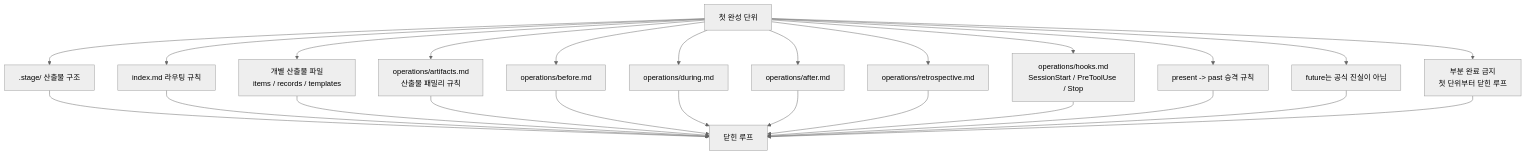
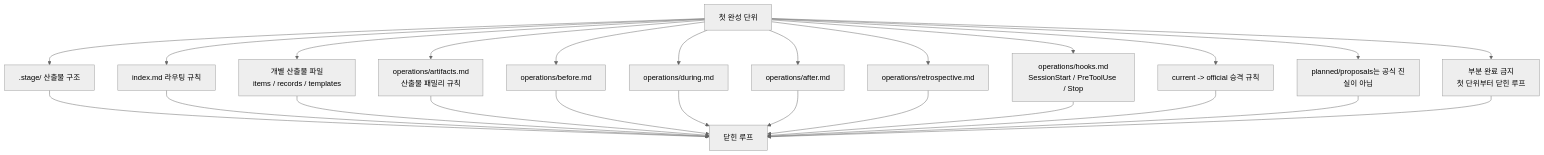
One commit to noory-code/noory-ai changed diagram 11 of 16 in stage/docs/BLUEPRINT.md. Above: the diagram before and after it, drawn with Mermaid (neutral theme). The commit also changed other lines of this file and 12 other files, not shown here.

First line of the commit message:
docs(stage): rewrite concept-layer docs to schema v4 vocabulary (C9, W-00000039)

````diff
--- a/stage/docs/BLUEPRINT.md
+++ b/stage/docs/BLUEPRINT.md
@@ -325,30 +316,30 @@
 ```mermaid
 flowchart TB
   CompleteUnit["첫 완성 단위"]
 
   CompleteUnit --> Structure[".stage/ 산출물 구조"]
   CompleteUnit --> Routing["index.md 라우팅 규칙"]
   CompleteUnit --> ItemRecords["개별 산출물 파일\nitems / records / templates"]
   CompleteUnit --> ArtifactRules["operations/artifacts.md\n산출물 패밀리 규칙"]
   CompleteUnit --> Before["operations/before.md"]
   CompleteUnit --> During["operations/during.md"]
   CompleteUnit --> After["operations/after.md"]
   CompleteUnit --> Retrospective["operations/retrospective.md"]
   CompleteUnit --> Hooks["operations/hooks.md\nSessionStart / PreToolUse / Stop"]
-  CompleteUnit --> Promotion["present -> past 승격 규칙"]
-  CompleteUnit --> FutureGuard["future는 공식 진실이 아님"]
+  CompleteUnit --> Promotion["current -> official 승격 규칙"]
+  CompleteUnit --> PlannedGuard["planned/proposals는 공식 진실이 아님"]
   CompleteUnit --> CompletionGate["부분 완료 금지\n첫 단위부터 닫힌 루프"]
 
   Structure --> ClosedLoop["닫힌 루프"]
   Routing --> ClosedLoop
   ItemRecords --> ClosedLoop
   ArtifactRules --> ClosedLoop
   Before --> ClosedLoop
   During --> ClosedLoop
   After --> ClosedLoop
   Retrospective --> ClosedLoop
   Hooks --> ClosedLoop
   Promotion --> ClosedLoop
-  FutureGuard --> ClosedLoop
+  PlannedGuard --> ClosedLoop
   CompletionGate --> ClosedLoop
 ```
````
